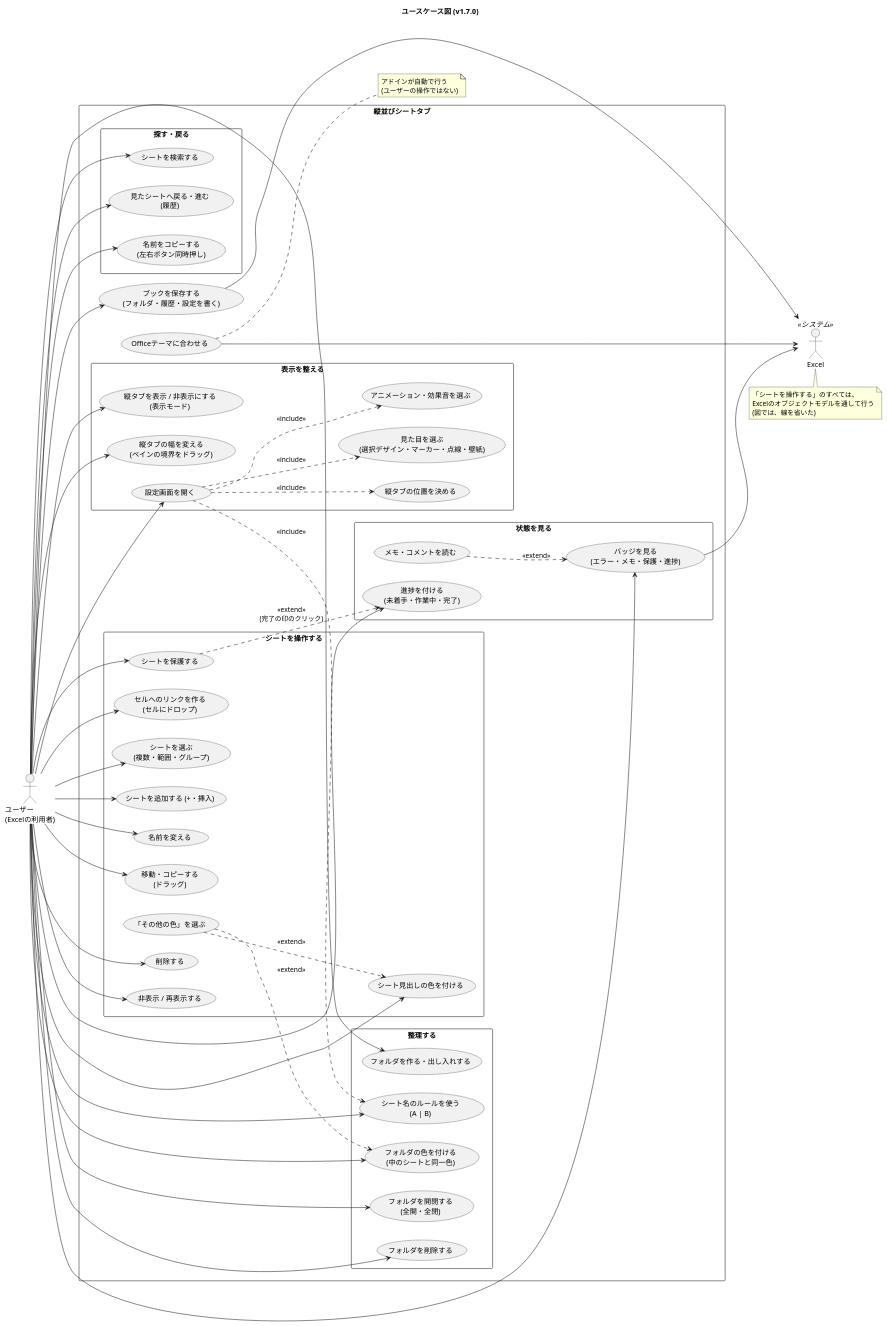
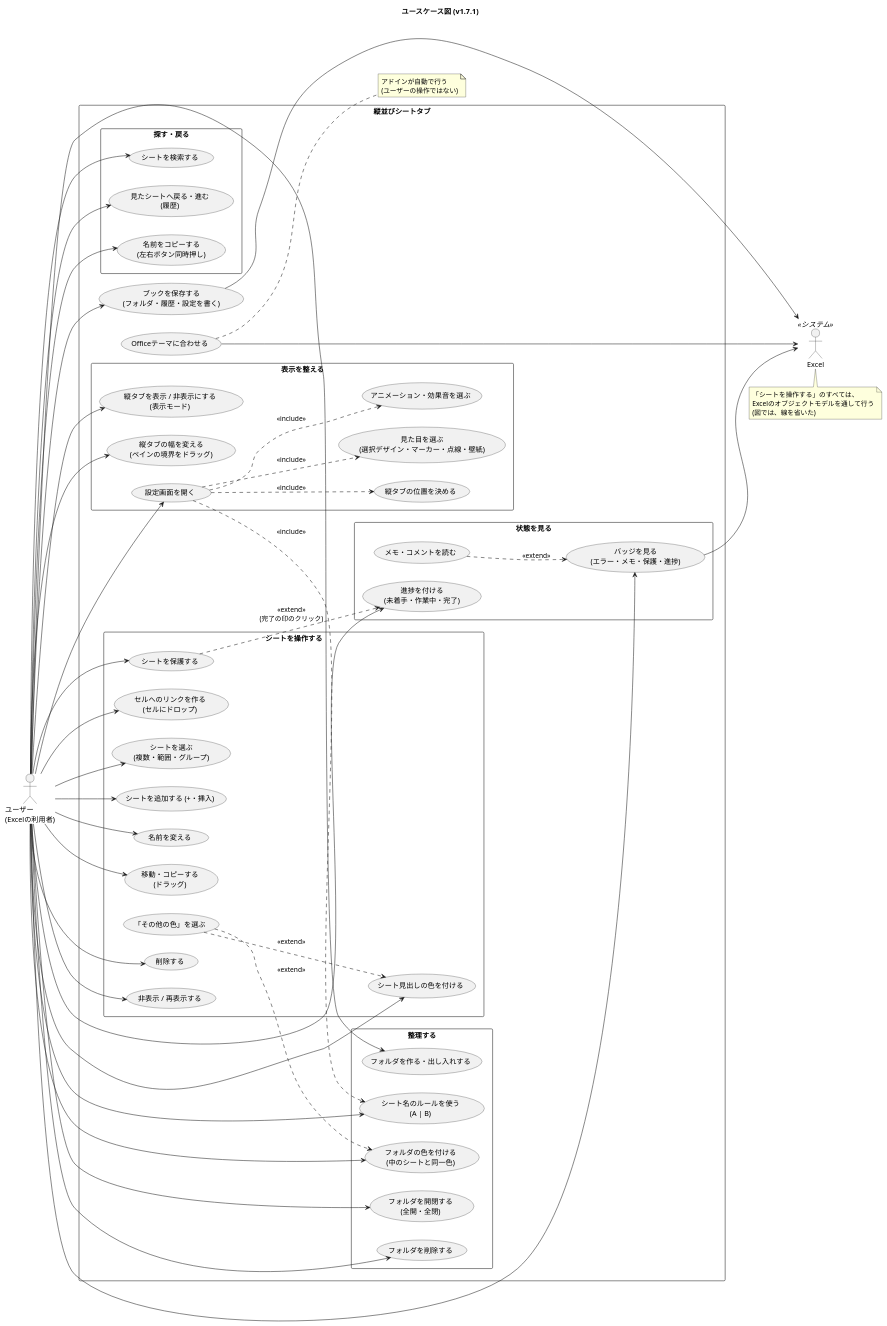
One commit to nk-taka623/VerticalSheetTabs changed the diagram in docs/usecase.puml. Above: the diagram before and after it, drawn with PlantUML. The commit also changed 15 other files, not shown here.

Commit message:
v1.7.1 にする: 版数、README の変更点、図、設定画面の画像を更新する

```diff
--- a/docs/usecase.puml
+++ b/docs/usecase.puml
@@ -1,105 +1,105 @@
 @startuml
-title ユースケース図 (v1.7.0)
+title ユースケース図 (v1.7.1)
 left to right direction
 skinparam shadowing false
 skinparam packageStyle rectangle
 
 actor "ユーザー\n(Excelの利用者)" as U
 actor "Excel" as XL <<システム>>
 
 rectangle "縦並びシートタブ" {
 
   package "シートを操作する" {
     usecase "シートを選ぶ\n(複数・範囲・グループ)" as UC_SEL
     usecase "シートを追加する (+・挿入)" as UC_ADD
     usecase "名前を変える" as UC_REN
     usecase "移動・コピーする\n(ドラッグ)" as UC_MOVE
     usecase "削除する" as UC_DEL
     usecase "非表示 / 再表示する" as UC_HIDE
     usecase "シート見出しの色を付ける" as UC_COLOR
     usecase "「その他の色」を選ぶ" as UC_MORE
     usecase "シートを保護する" as UC_PROT
     usecase "セルへのリンクを作る\n(セルにドロップ)" as UC_LINK
   }
 
   package "整理する" {
     usecase "フォルダを作る・出し入れする" as UC_FOLDER
     usecase "フォルダを開閉する\n(全開・全閉)" as UC_TOGGLE
     usecase "フォルダの色を付ける\n(中のシートと同一色)" as UC_FCOLOR
     usecase "フォルダを削除する" as UC_FDEL
     usecase "シート名のルールを使う\n(A | B)" as UC_RULE
   }
 
   package "探す・戻る" {
     usecase "シートを検索する" as UC_SEARCH
     usecase "見たシートへ戻る・進む\n(履歴)" as UC_HIST
     usecase "名前をコピーする\n(左右ボタン同時押し)" as UC_COPY
   }
 
   package "状態を見る" {
     usecase "バッジを見る\n(エラー・メモ・保護・進捗)" as UC_BADGE
     usecase "メモ・コメントを読む" as UC_MEMO
     usecase "進捗を付ける\n(未着手・作業中・完了)" as UC_PROG
   }
 
   package "表示を整える" {
     usecase "縦タブを表示 / 非表示にする\n(表示モード)" as UC_MODE
     usecase "縦タブの位置を決める" as UC_SIDE
     usecase "縦タブの幅を変える\n(ペインの境界をドラッグ)" as UC_WIDTH
     usecase "設定画面を開く" as UC_SET
     usecase "見た目を選ぶ\n(選択デザイン・マーカー・点線・壁紙)" as UC_LOOK
     usecase "アニメーション・効果音を選ぶ" as UC_ANIM
   }
 
   usecase "ブックを保存する\n(フォルダ・履歴・設定を書く)" as UC_SAVE
   usecase "Officeテーマに合わせる" as UC_THEME
 }
 
 U --> UC_SEL
 U --> UC_ADD
 U --> UC_REN
 U --> UC_MOVE
 U --> UC_DEL
 U --> UC_HIDE
 U --> UC_COLOR
 U --> UC_PROT
 U --> UC_LINK
 U --> UC_FOLDER
 U --> UC_TOGGLE
 U --> UC_FCOLOR
 U --> UC_FDEL
 U --> UC_RULE
 U --> UC_SEARCH
 U --> UC_HIST
 U --> UC_COPY
 U --> UC_BADGE
 U --> UC_PROG
 U --> UC_MODE
 U --> UC_WIDTH
 U --> UC_SET
 U --> UC_SAVE
 
 UC_MORE ..> UC_COLOR : <<extend>>
 UC_MORE ..> UC_FCOLOR : <<extend>>
 UC_MEMO ..> UC_BADGE : <<extend>>
 UC_PROT ..> UC_PROG : <<extend>>\n(完了の印のクリック)
 UC_SET ..> UC_SIDE : <<include>>
 UC_SET ..> UC_LOOK : <<include>>
 UC_SET ..> UC_ANIM : <<include>>
 UC_SET ..> UC_RULE : <<include>>
 
 UC_SAVE --> XL
 UC_THEME --> XL
 UC_BADGE --> XL
 
 note bottom of XL
   「シートを操作する」のすべては、
   Excelのオブジェクトモデルを通して行う
   (図では、線を省いた)
 end note
 
 note right of UC_THEME
   アドインが自動で行う
   (ユーザーの操作ではない)
 end note
 @enduml
```
